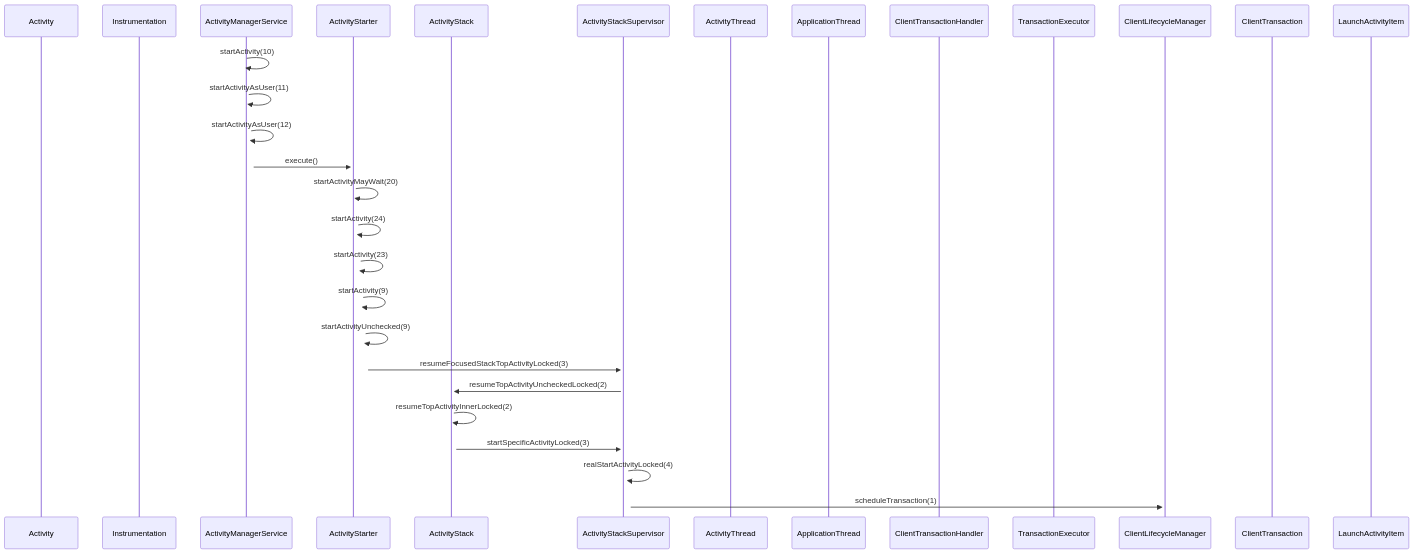
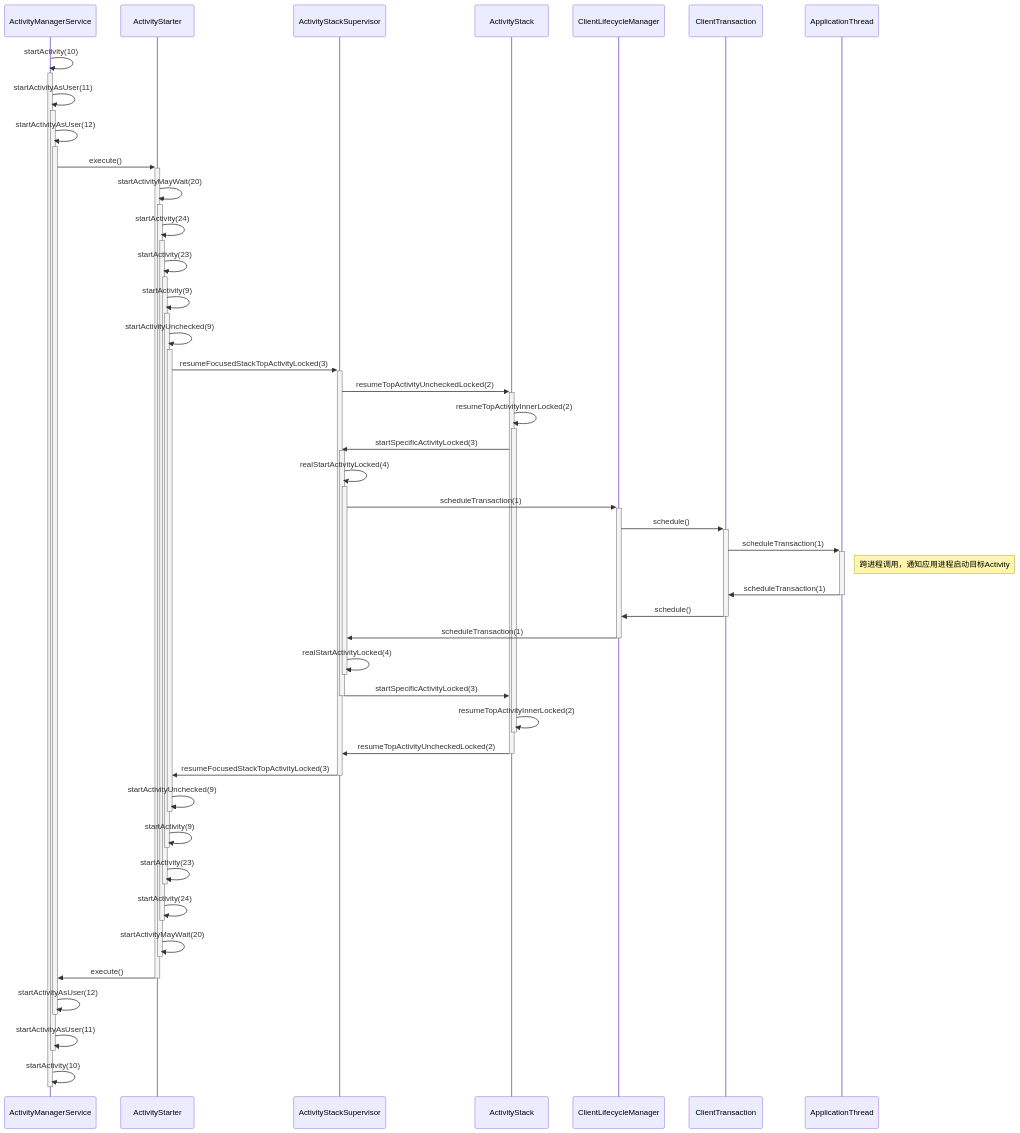
Before and after one commit to hdszylcd19/tech: the second of 3 diagrams in tech/Android/Android四大组件/Activity/Activity启动流程时序图.md, drawn with Mermaid. The commit also changed other lines of this file and 4 other files, not shown here.

Commit message:
新增使用PlantUML方式生成时序图

````diff
--- a/tech/Android/Android四大组件/Activity/Activity启动流程时序图.md
+++ b/tech/Android/Android四大组件/Activity/Activity启动流程时序图.md
@@ -26,37 +31,64 @@
 ```mermaid
 sequenceDiagram
-	participant A as Activity
-	participant I as Instrumentation
 	participant AMS as ActivityManagerService
 	participant AStarter as ActivityStarter
+	participant ASS as ActivityStackSupervisor
 	participant AStack as ActivityStack
-	participant ASS as ActivityStackSupervisor
-	participant AT as ActivityThread
-	participant AppT as ApplicationThread
-	participant CTH as ClientTransactionHandler
-	participant TE as TransactionExecutor
 	participant CLM as ClientLifecycleManager
 	participant CT as ClientTransaction
-	participant LAI as LaunchActivityItem
+	participant AppT as ApplicationThread
 
 	AMS->>+AMS:startActivity(10)
 	AMS->>+AMS:startActivityAsUser(11)
 	AMS->>+AMS:startActivityAsUser(12)
 	AMS->>+AStarter:execute()
 
 	AStarter->>+AStarter:startActivityMayWait(20)
 	AStarter->>+AStarter:startActivity(24)
 	AStarter->>+AStarter:startActivity(23)
 	AStarter->>+AStarter:startActivity(9)
 	AStarter->>+AStarter:startActivityUnchecked(9)
 	AStarter->>+ASS:resumeFocusedStackTopActivityLocked(3)
 
 	ASS->>+AStack:resumeTopActivityUncheckedLocked(2)
 
 	AStack->>+AStack:resumeTopActivityInnerLocked(2)
 	AStack->>+ASS:startSpecificActivityLocked(3)
+	%% 在startSpecificActivityLocked(3)方法内部会判断是否需要启动新的进程。
+	%% 如果当前是应用进程内Activity跳转，
+	%% 则app!=null，执行realStartActivityLocked()；
+
+	%% 如果是跨进程Activity跳转（桌面点击应用图标进入应用），
+	%% 执行mService.startProcessLocked()启动新的应用进程。
 
 	ASS->>+ASS:realStartActivityLocked(4)
 	ASS->>+CLM:scheduleTransaction(1)
 
+	CLM->>+CT:schedule()
+
+	CT->>+AppT:scheduleTransaction(1)
+	Note right of AppT: 跨进程调用，通知应用进程启动目标Activity
+	AppT->>-CT:scheduleTransaction(1)
+	
+	CT->>-CLM:schedule()
+
+	CLM->>-ASS:scheduleTransaction(1)
+	ASS->>-ASS:realStartActivityLocked(4)
+
+	ASS->>-AStack:startSpecificActivityLocked(3)
+	AStack->>-AStack:resumeTopActivityInnerLocked(2)
+	
+	AStack->>-ASS:resumeTopActivityUncheckedLocked(2)
+
+	ASS->>-AStarter:resumeFocusedStackTopActivityLocked(3)
+	AStarter->>-AStarter:startActivityUnchecked(9)
+	AStarter->>-AStarter:startActivity(9)
+	AStarter->>-AStarter:startActivity(23)
+	AStarter->>-AStarter:startActivity(24)
+	AStarter->>-AStarter:startActivityMayWait(20)
+
+	AStarter->>-AMS:execute()
+	AMS->>-AMS:startActivityAsUser(12)
+	AMS->>-AMS:startActivityAsUser(11)
+	AMS->>-AMS:startActivity(10)
 ```
````
